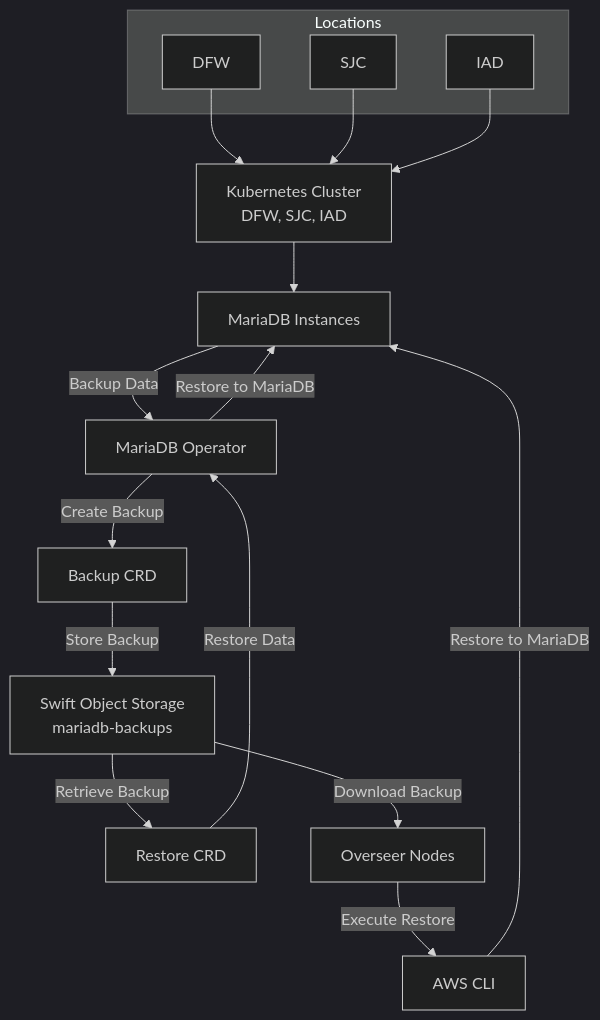
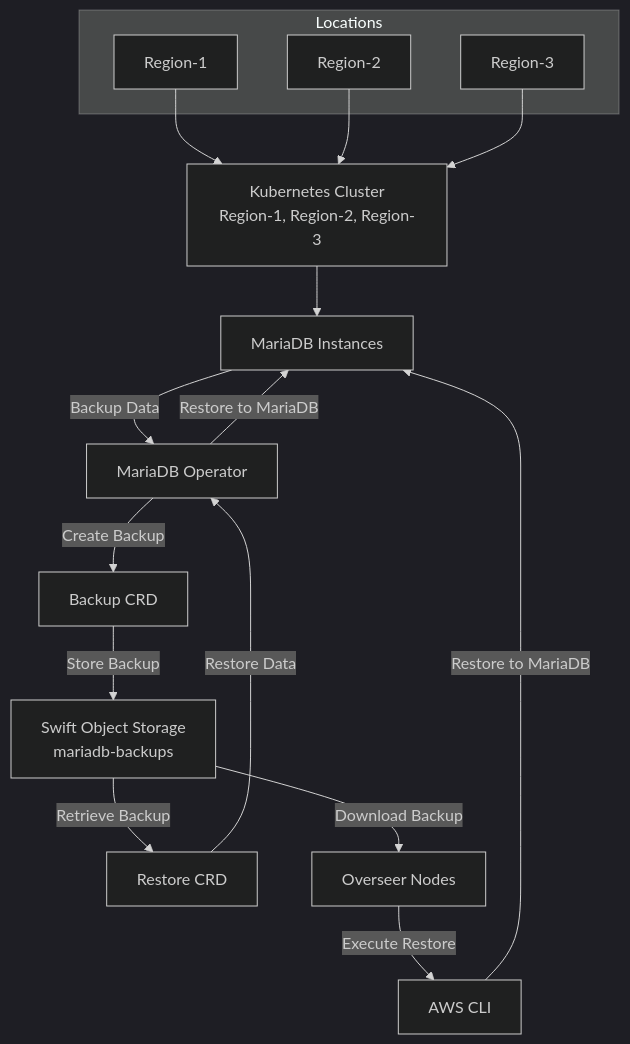
Before and after one commit to rackerlabs/genestack: the diagram in docs/mariadb-backuprestore-from-tempauth.md, drawn with Mermaid (dark theme). The commit also changed other lines of this file and 2 other files, not shown here.

First line of the commit message:
chore: Refining MariaDB and Magnum docs based on progressive work done

````diff
--- a/docs/mariadb-backuprestore-from-tempauth.md
+++ b/docs/mariadb-backuprestore-from-tempauth.md
@@ -18,24 +48,24 @@
 ```mermaid
 graph TD
 
     subgraph Locations
-        I[DFW]
-        J[SJC]
-        K[IAD]
+        I[Region-1]
+        J[Region-2]
+        K[Region-3]
     end
 
-    A["Kubernetes Cluster<br>DFW, SJC, IAD"] --> B[MariaDB Instances]
+    A["Kubernetes Cluster<br>Region-1, Region-2, Region-3"] --> B[MariaDB Instances]
     B -->|Backup Data| C[MariaDB Operator]
     C -->|Create Backup| D[Backup CRD]
     D -->|Store Backup| E["Swift Object Storage<br>mariadb-backups"]
     E -->|Retrieve Backup| F[Restore CRD]
     F -->|Restore Data| C
     C -->|Restore to MariaDB| B
     E -->|Download Backup| G[Overseer Nodes]
     G -->|Execute Restore| H[AWS CLI]
     H -->|Restore to MariaDB| B
 
     I --> A
     J --> A
     K --> A
 ```
````
